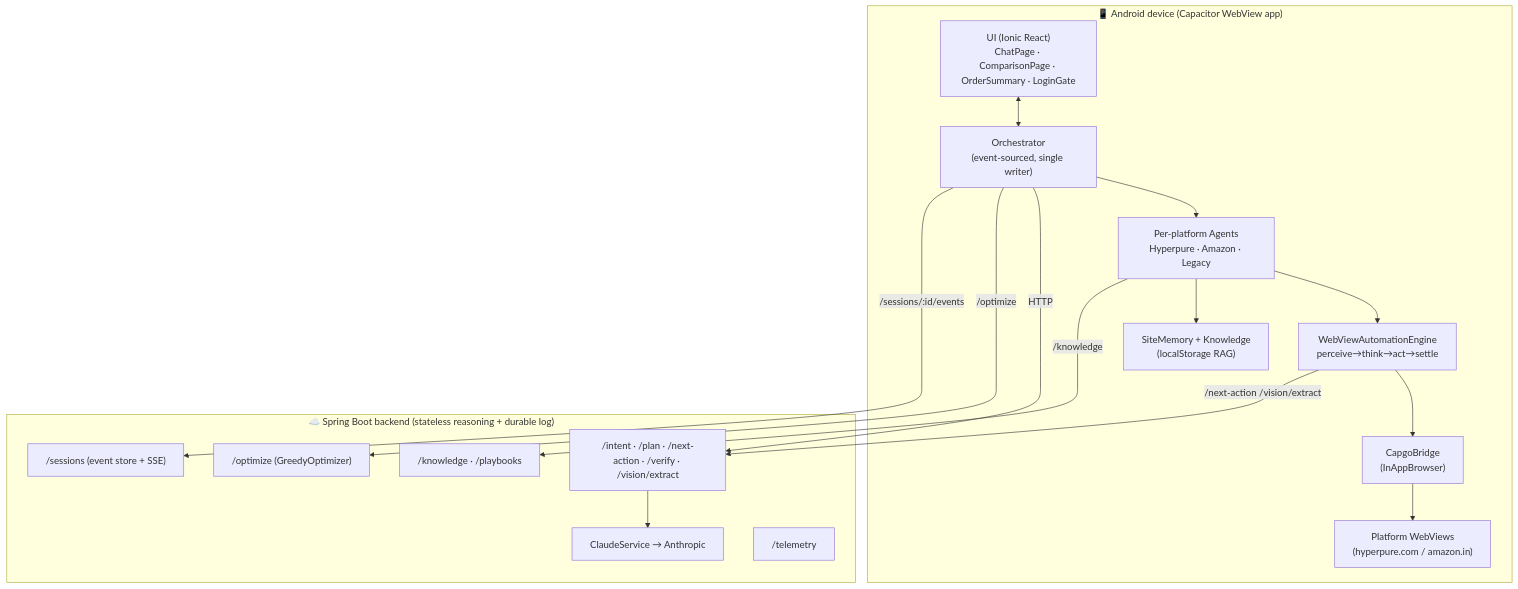
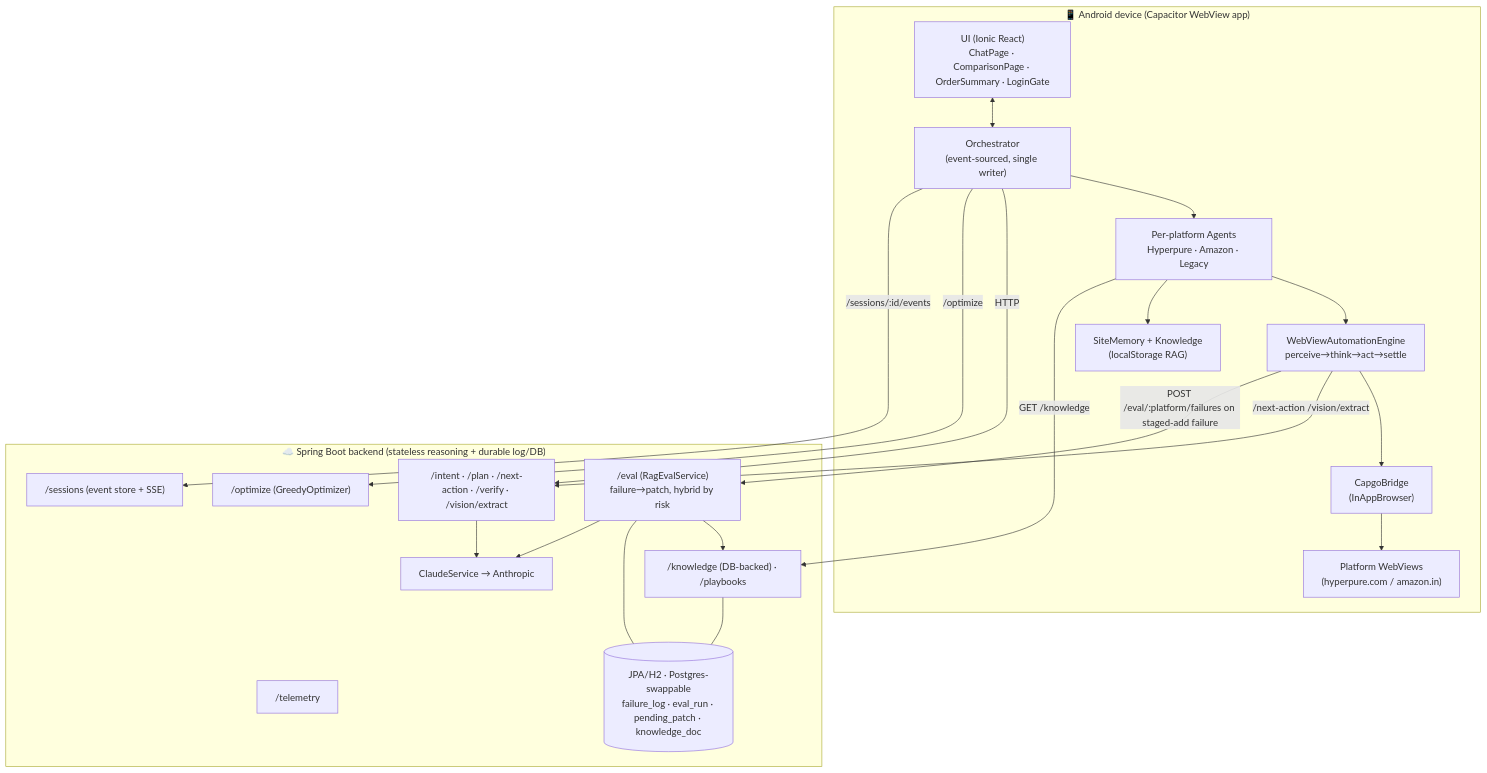
The first of 14 diagrams in docs/ARCHITECTURE.md (arpanm/procurementAgent), drawn with Mermaid before and after one commit. The commit also changed other lines of this file and 2 other files, not shown here.

````diff
--- a/docs/ARCHITECTURE.md
+++ b/docs/ARCHITECTURE.md
@@ -35,29 +35,36 @@
 ```mermaid
 flowchart TB
   subgraph Device["📱 Android device (Capacitor WebView app)"]
     UI["UI (Ionic React)<br/>ChatPage · ComparisonPage · OrderSummary · LoginGate"]
     ORCH["Orchestrator<br/>(event-sourced, single writer)"]
     ENG["WebViewAutomationEngine<br/>perceive→think→act→settle"]
     AG["Per-platform Agents<br/>Hyperpure · Amazon · Legacy"]
     BR["CapgoBridge<br/>(InAppBrowser)"]
     MEM["SiteMemory + Knowledge<br/>(localStorage RAG)"]
     WV["Platform WebViews<br/>(hyperpure.com / amazon.in)"]
   end
-  subgraph Backend["☁️ Spring Boot backend (stateless reasoning + durable log)"]
+  subgraph Backend["☁️ Spring Boot backend (stateless reasoning + durable log/DB)"]
     LLM["ClaudeService → Anthropic"]
     INT["/intent · /plan · /next-action · /verify · /vision/extract"]
     OPT["/optimize (GreedyOptimizer)"]
-    KN["/knowledge · /playbooks"]
+    KN["/knowledge (DB-backed) · /playbooks"]
+    EVAL["/eval (RagEvalService)<br/>failure→patch, hybrid by risk"]
     SES["/sessions (event store + SSE)"]
     TEL["/telemetry"]
+    DB[("JPA/H2 · Postgres-swappable<br/>failure_log · eval_run · pending_patch · knowledge_doc")]
   end
   UI <--> ORCH
   ORCH --> AG --> ENG --> BR --> WV
   AG --> MEM
   ORCH -->|HTTP| INT
   ENG -->|/next-action /vision/extract| INT
   ORCH -->|/optimize| OPT
   ORCH -->|/sessions/:id/events| SES
-  AG -->|/knowledge| KN
+  AG -->|GET /knowledge| KN
+  ENG -->|POST /eval/:platform/failures on staged-add failure| EVAL
+  EVAL --> KN
+  KN --- DB
+  EVAL --- DB
   INT --> LLM
+  EVAL --> LLM
 ```
````
